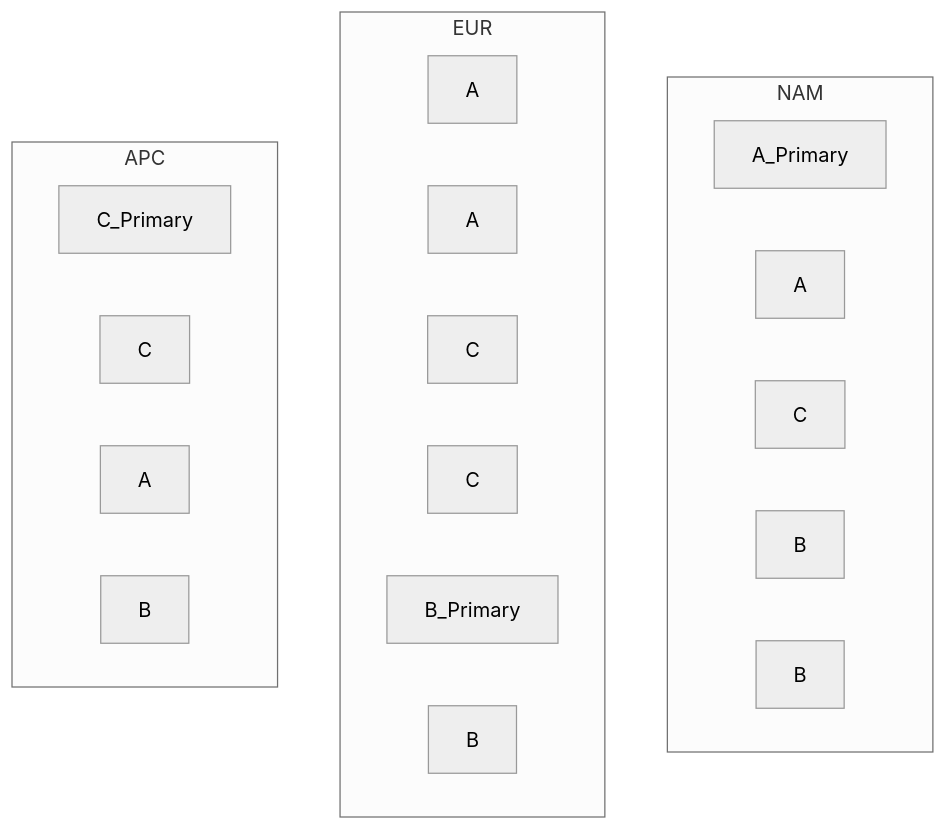
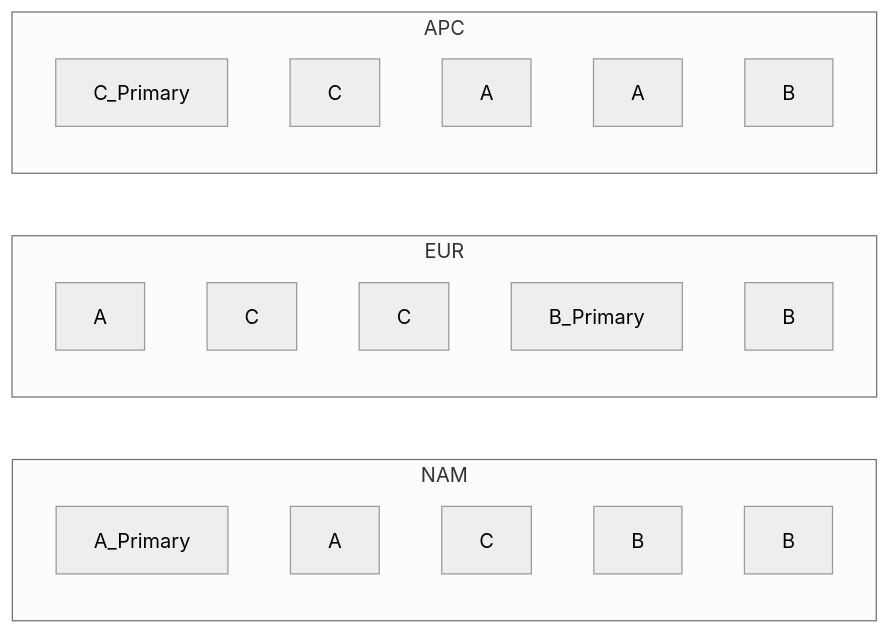
One commit to suds05/TFIdentityPoc changed the third of 3 diagrams in global_service_model.md. Above: the diagram before and after it, drawn with Mermaid (neutral theme).

Commit message:
adjust pic

````diff
--- a/global_service_model.md
+++ b/global_service_model.md
@@ -189,27 +189,29 @@
 ```mermaid
-graph TB
+graph LR
   subgraph NAM
+    direction TB
     NAM_A1["A_Primary"]
     NAM_A2["A"]
     NAM_C["C"]
     NAM_B1["B"]
     NAM_B2["B"]
   end
 
   subgraph EUR
+    direction TB
     EUR_A1["A"]
-    EUR_A2["A"]
     EUR_C1["C"]
     EUR_C2["C"]
     EUR_B1["B_Primary"]
     EUR_B2["B"]
   end
 
   subgraph APC
+    direction TB
     APC_C1["C_Primary"]
     APC_C2["C"]
-    APC_A["A"]
+    APC_A1["A"]
+    APC_A2["A"]
     APC_B["B"]
   end
-
 ```
````
